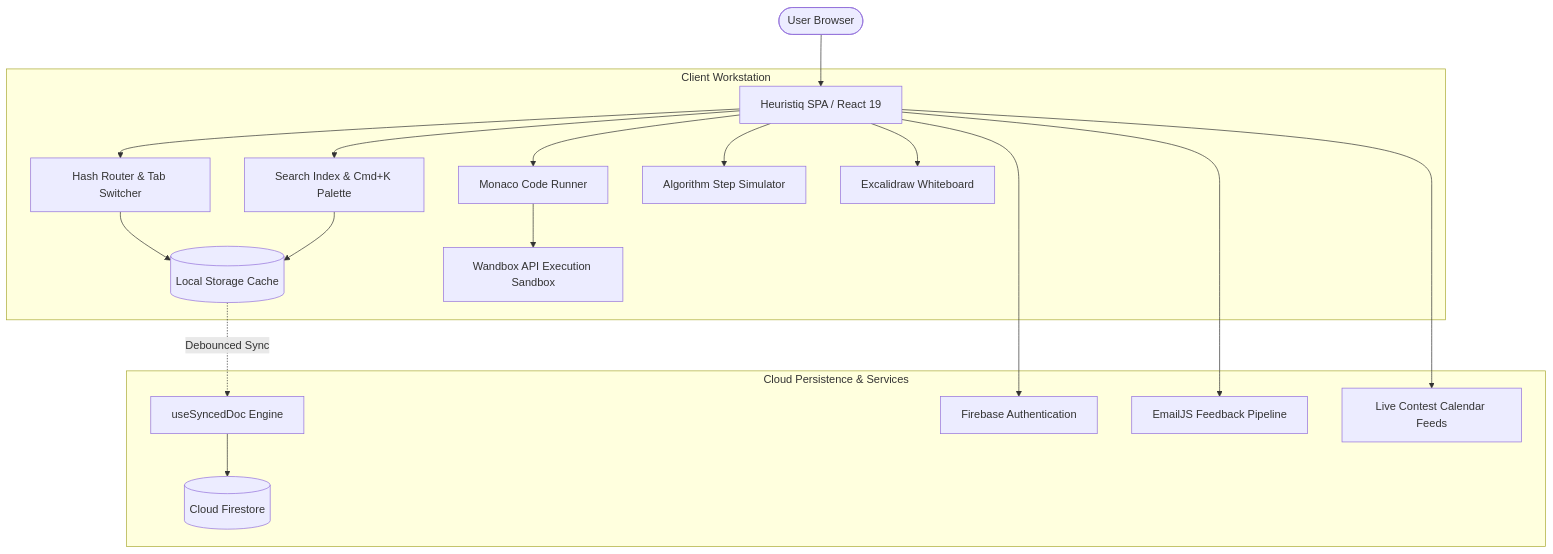
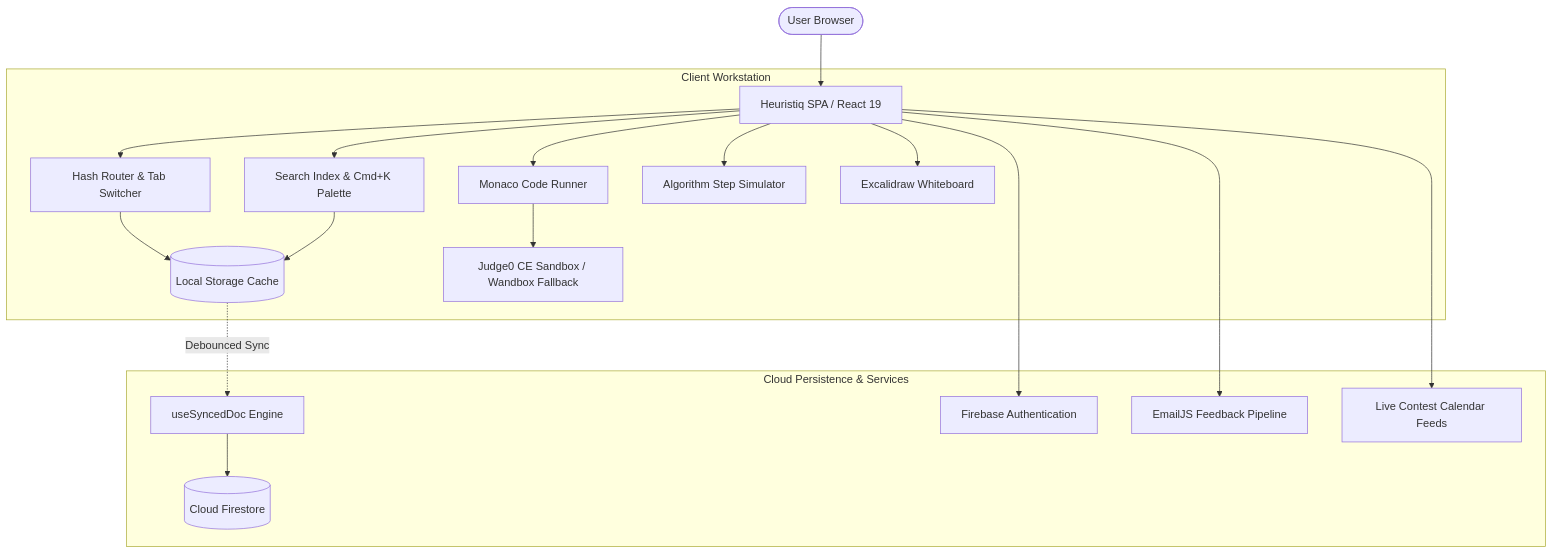
The first of 2 diagrams in README.md (adit-syntax/heuristiq), drawn with Mermaid before and after one commit. The commit also changed other lines of this file and 2 other files, not shown here.

Commit message:
docs: update README with Judge0 CE & Wandbox failover; add engine info modal and badge on playground

````diff
--- a/README.md
+++ b/README.md
@@ -51,24 +52,24 @@
 ```mermaid
 graph TD
     User([User Browser]) --> UI[Heuristiq SPA / React 19]
     
     subgraph Client Workstation
         UI --> Router[Hash Router & Tab Switcher]
         UI --> Search[Search Index & Cmd+K Palette]
         UI --> Editor[Monaco Code Runner]
         UI --> Visualizer[Algorithm Step Simulator]
         UI --> Canvas[Excalidraw Whiteboard]
         
         Router --> Cache[(Local Storage Cache)]
         Search --> Cache
-        Editor --> Wandbox[Wandbox API Execution Sandbox]
+        Editor --> Runner[Judge0 CE Sandbox / Wandbox Fallback]
     end
 
     subgraph Cloud Persistence & Services
         Cache -.->|Debounced Sync| SyncEngine[useSyncedDoc Engine]
         SyncEngine --> Firestore[(Cloud Firestore)]
         UI --> FirebaseAuth[Firebase Authentication]
         UI --> EmailJS[EmailJS Feedback Pipeline]
         UI --> ContestAPI[Live Contest Calendar Feeds]
     end
 ```
````
